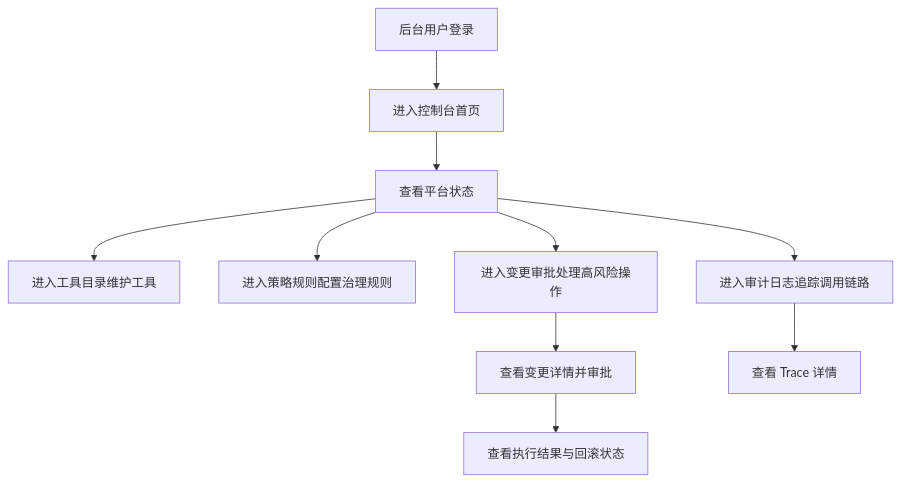
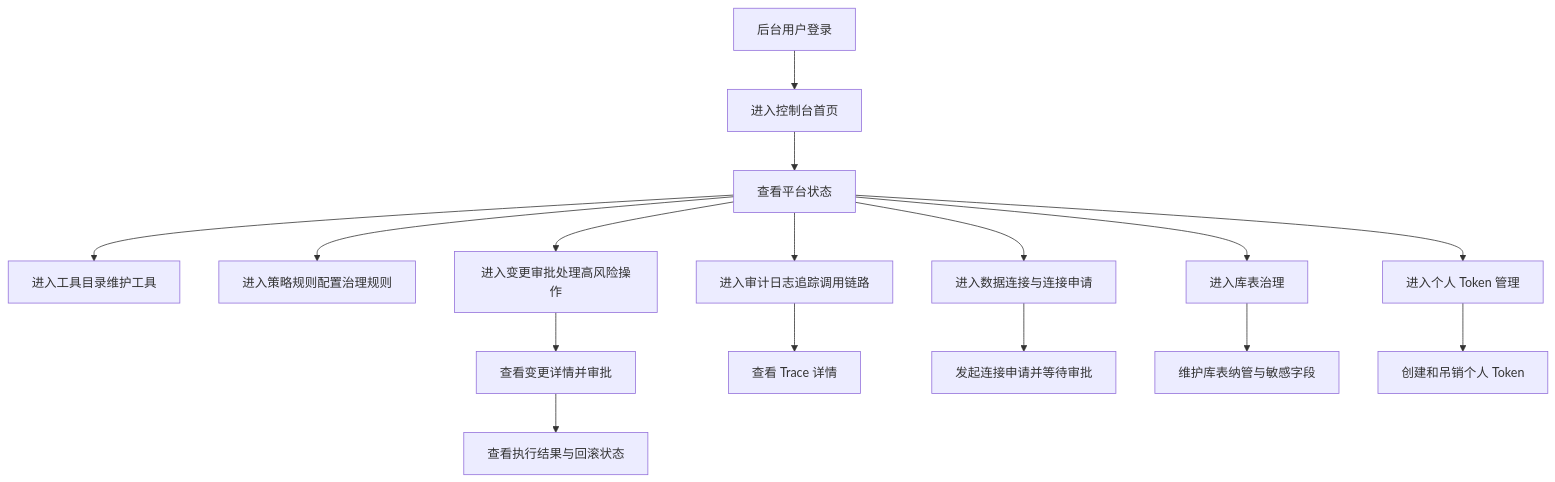
One commit to hanchn/GateMind changed the diagram in .trae/documents/gatemind-ui-prd.md. Above: the diagram before and after it, drawn with Mermaid. The commit also changed other lines of this file and 62 other files, not shown here.

````diff
--- a/.trae/documents/gatemind-ui-prd.md
+++ b/.trae/documents/gatemind-ui-prd.md
@@ -58,12 +73,18 @@
 ```mermaid
 flowchart TD
     A["后台用户登录"] --> B["进入控制台首页"]
     B --> C["查看平台状态"]
     C --> D["进入工具目录维护工具"]
     C --> E["进入策略规则配置治理规则"]
     C --> F["进入变更审批处理高风险操作"]
     C --> G["进入审计日志追踪调用链路"]
+    C --> K["进入数据连接与连接申请"]
+    C --> L["进入库表治理"]
+    C --> M["进入个人 Token 管理"]
     F --> H["查看变更详情并审批"]
     H --> I["查看执行结果与回滚状态"]
     G --> J["查看 Trace 详情"]
+    K --> N["发起连接申请并等待审批"]
+    L --> O["维护库表纳管与敏感字段"]
+    M --> P["创建和吊销个人 Token"]
 ```
````
